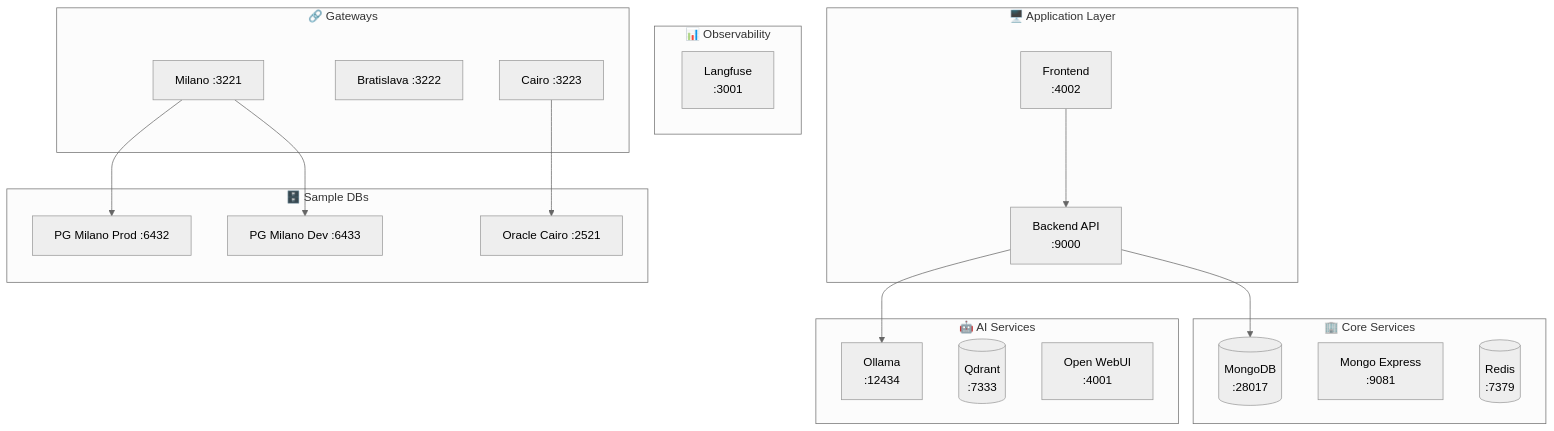
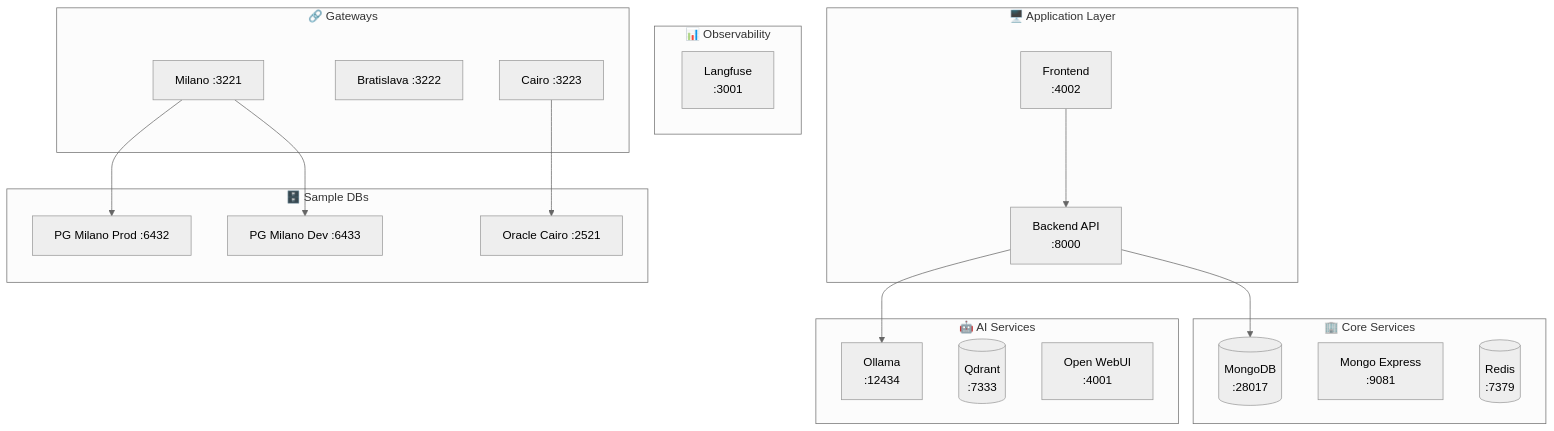
Before and after one commit to Mohamed-DN/DB-AI: the diagram in docs/architecture/repo_manifest.md, drawn with Mermaid (neutral theme). The commit also changed other lines of this file and 67 other files, not shown here.

Commit message:
Consolidated architecture docs, reorganized agents, and pinned key SOPs

````diff
--- a/docs/architecture/repo_manifest.md
+++ b/docs/architecture/repo_manifest.md
@@ -19,40 +19,40 @@
 ```mermaid
 flowchart TB
     subgraph Application["🖥️ Application Layer"]
         FE[Frontend<br/>:4002]
-        BE[Backend API<br/>:9000]
+        BE[Backend API<br/>:8000]
     end
 
     subgraph Core["🏢 Core Services"]
         MongoDB[(MongoDB<br/>:28017)]
         MongoUI[Mongo Express<br/>:9081]
         Redis[(Redis<br/>:7379)]
     end
 
     subgraph AI["🤖 AI Services"]
         Ollama[Ollama<br/>:12434]
         Qdrant[(Qdrant<br/>:7333)]
         WebUI[Open WebUI<br/>:4001]
     end
 
     subgraph Observability["📊 Observability"]
         Langfuse[Langfuse<br/>:3001]
     end
 
     subgraph Gateways["🔗 Gateways"]
         GW1[Milano :3221]
         GW2[Bratislava :3222]
         GW3[Cairo :3223]
     end
 
     subgraph Databases["🗄️ Sample DBs"]
         PG1[PG Milano Prod :6432]
         PG2[PG Milano Dev :6433]
         Oracle[Oracle Cairo :2521]
     end
 
     FE --> BE --> MongoDB
     BE --> Ollama
     GW1 --> PG1 & PG2
     GW3 --> Oracle
 ```
````
